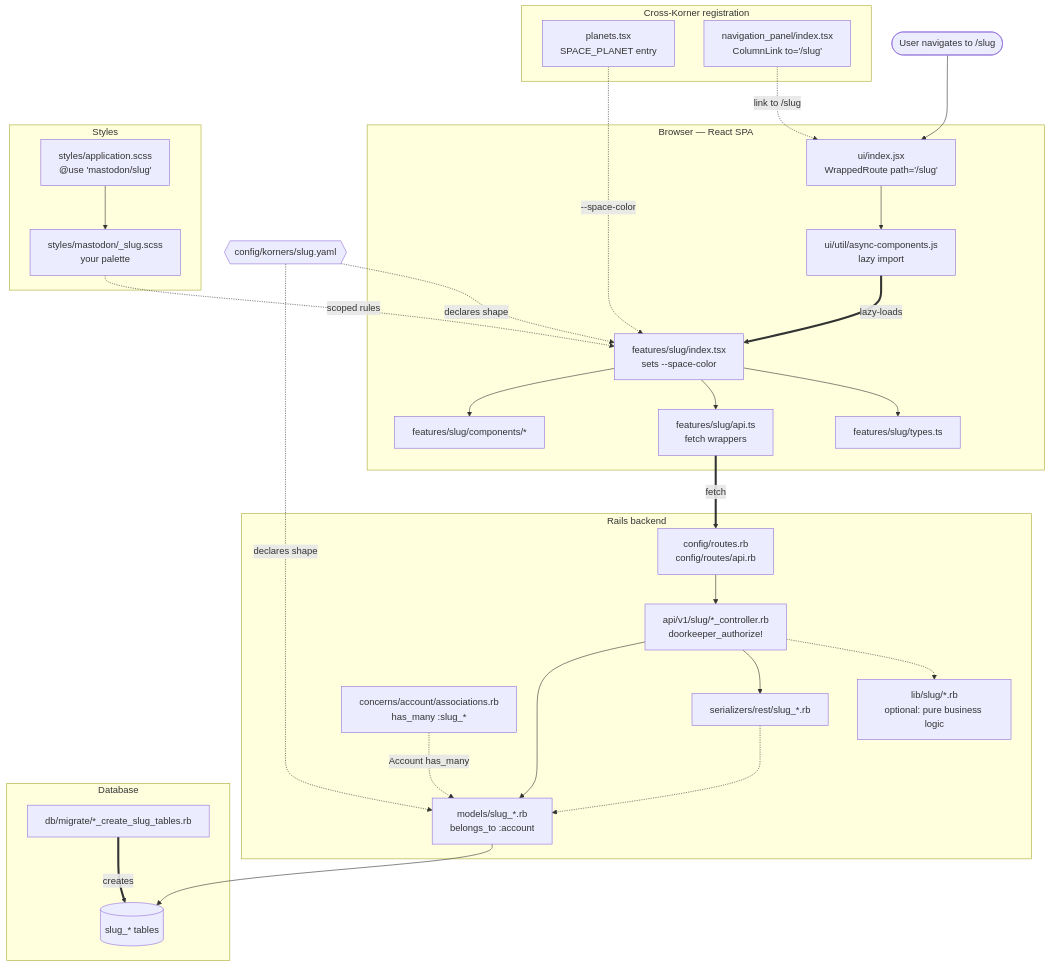
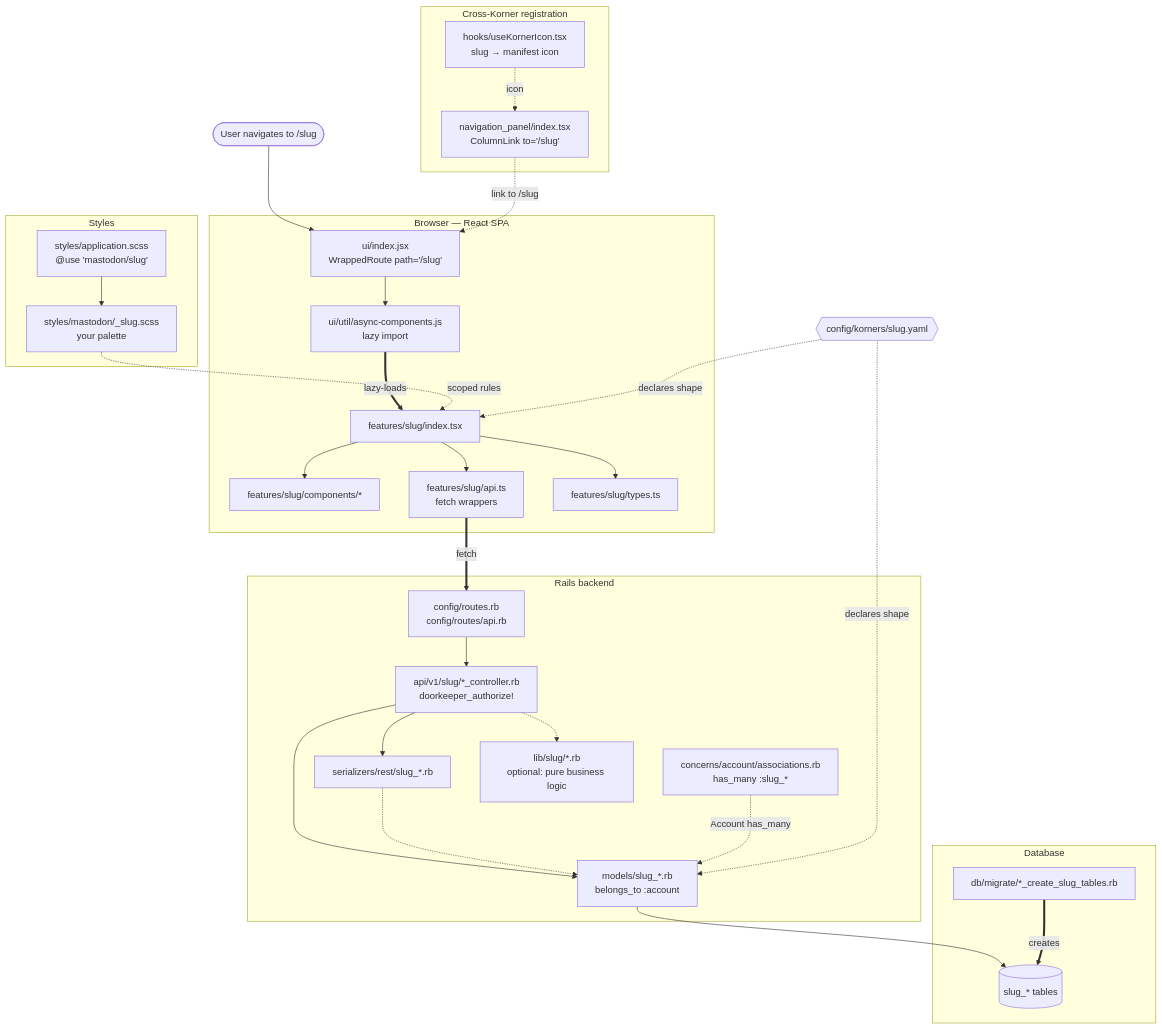
Before and after one commit to Kronkverse/kronk: the first of 2 diagrams in docs/korners/anatomy.md, drawn with Mermaid. The commit also changed other lines of this file and 5 other files, not shown here.

````diff
--- a/docs/korners/anatomy.md
+++ b/docs/korners/anatomy.md
@@ -22,63 +20,63 @@
 ```mermaid
 graph TB
     User(["User navigates to /slug"])
 
     subgraph SPA["Browser — React SPA"]
         UIRoute["ui/index.jsx<br/>WrappedRoute path='/slug'"]
         Async["ui/util/async-components.js<br/>lazy import"]
-        Module["features/slug/index.tsx<br/>sets --space-color"]
+        Module["features/slug/index.tsx"]
         Comp["features/slug/components/*"]
         API["features/slug/api.ts<br/>fetch wrappers"]
         Types["features/slug/types.ts"]
     end
 
     subgraph Reg["Cross-Korner registration"]
-        Planets["planets.tsx<br/>SPACE_PLANET entry"]
+        Icon["hooks/useKornerIcon.tsx<br/>slug → manifest icon"]
         Nav["navigation_panel/index.tsx<br/>ColumnLink to='/slug'"]
     end
 
     subgraph Styl["Styles"]
         AppScss["styles/application.scss<br/>@use 'mastodon/slug'"]
         SlugScss["styles/mastodon/_slug.scss<br/>your palette"]
     end
 
     subgraph RailsBE["Rails backend"]
         Routes["config/routes.rb<br/>config/routes/api.rb"]
         Ctrl["api/v1/slug/*_controller.rb<br/>doorkeeper_authorize!"]
         Ser["serializers/rest/slug_*.rb"]
         Model["models/slug_*.rb<br/>belongs_to :account"]
         Assoc["concerns/account/associations.rb<br/>has_many :slug_*"]
         Lib["lib/slug/*.rb<br/>optional: pure business logic"]
     end
 
     subgraph DB["Database"]
         Migration["db/migrate/*_create_slug_tables.rb"]
         Tables[("slug_* tables")]
     end
 
     Manifest{{"config/korners/slug.yaml"}}
 
     User --> UIRoute
     UIRoute --> Async
     Async ==>|lazy-loads| Module
     Module --> Comp
     Module --> API
     Module --> Types
     API ==>|fetch| Routes
     Routes --> Ctrl
     Ctrl --> Model
     Ctrl --> Ser
     Ctrl -.-> Lib
     Ser -.-> Model
     Model --> Tables
     Migration ==>|creates| Tables
     Assoc -.->|Account has_many| Model
 
-    Planets -.->|--space-color| Module
+    Icon -.->|icon| Nav
     Nav -.->|link to /slug| UIRoute
     AppScss --> SlugScss
     SlugScss -.->|scoped rules| Module
 
     Manifest -.->|declares shape| Module
     Manifest -.->|declares shape| Model
 ```
````
